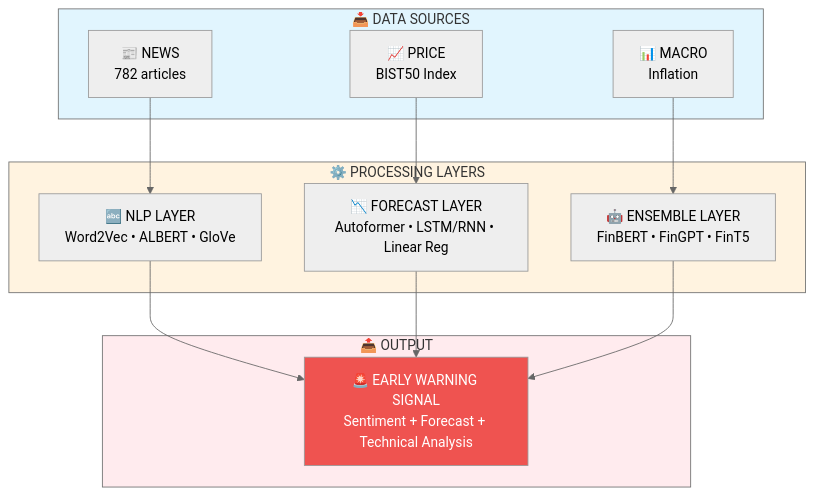
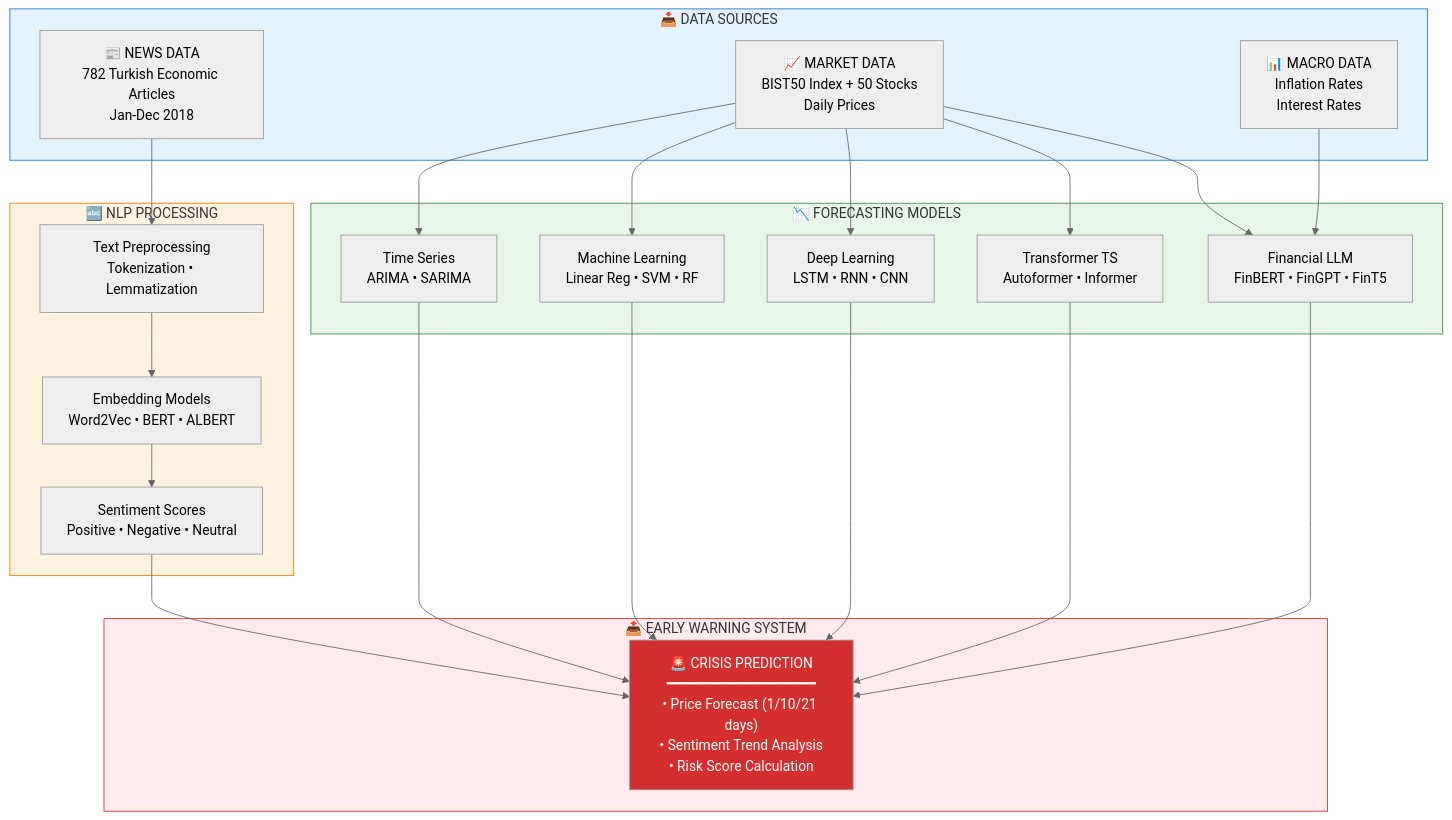
One commit to bayramkotan/financial-crisis-prediction-nlp-ts-ml-dl-transformers changed the diagram in README.md. Above: the diagram before and after it, drawn with Mermaid (neutral theme). The commit also changed other lines of this file, not shown here.

````diff
--- a/README.md
+++ b/README.md
@@ -321,30 +311,38 @@
 ```mermaid
 flowchart TB
     subgraph INPUT["📥 DATA SOURCES"]
-        A["📰 NEWS<br/>782 articles"]
-        B["📈 PRICE<br/>BIST50 Index"]
-        C["📊 MACRO<br/>Inflation"]
+        A["📰 NEWS DATA<br/>782 Turkish Economic Articles<br/>Jan-Dec 2018"]
+        B["📈 MARKET DATA<br/>BIST50 Index + 50 Stocks<br/>Daily Prices"]
+        C["📊 MACRO DATA<br/>Inflation Rates<br/>Interest Rates"]
     end
     
-    subgraph PROCESS["⚙️ PROCESSING LAYERS"]
-        D["🔤 NLP LAYER<br/>Word2Vec • ALBERT • GloVe"]
-        E["📉 FORECAST LAYER<br/>Autoformer • LSTM/RNN • Linear Reg"]
-        F["🤖 ENSEMBLE LAYER<br/>FinBERT • FinGPT • FinT5"]
+    subgraph NLP["🔤 NLP PROCESSING"]
+        D1["Text Preprocessing<br/>Tokenization • Lemmatization"]
+        D2["Embedding Models<br/>Word2Vec • BERT • ALBERT"]
+        D3["Sentiment Scores<br/>Positive • Negative • Neutral"]
     end
     
-    subgraph OUTPUT["📤 OUTPUT"]
-        G["🚨 EARLY WARNING SIGNAL<br/>Sentiment + Forecast + Technical Analysis"]
+    subgraph FORECAST["📉 FORECASTING MODELS"]
+        E1["Time Series<br/>ARIMA • SARIMA"]
+        E2["Machine Learning<br/>Linear Reg • SVM • RF"]
+        E3["Deep Learning<br/>LSTM • RNN • CNN"]
+        E4["Transformer TS<br/>Autoformer • Informer"]
+        E5["Financial LLM<br/>FinBERT • FinGPT • FinT5"]
     end
     
-    A --> D
-    B --> E
-    C --> F
-    D --> G
-    E --> G
-    F --> G
+    subgraph OUTPUT["📤 EARLY WARNING SYSTEM"]
+        F["🚨 CRISIS PREDICTION<br/>━━━━━━━━━━━━━━━━━━<br/>• Price Forecast (1/10/21 days)<br/>• Sentiment Trend Analysis<br/>• Risk Score Calculation"]
+    end
     
-    style INPUT fill:#e1f5fe
-    style PROCESS fill:#fff3e0
-    style OUTPUT fill:#ffebee
-    style G fill:#ef5350,color:#fff
+    A --> D1 --> D2 --> D3
+    B --> E1 & E2 & E3 & E4 & E5
+    C --> E5
+    D3 --> F
+    E1 & E2 & E3 & E4 & E5 --> F
+    
+    style INPUT fill:#e3f2fd,stroke:#1976d2
+    style NLP fill:#fff3e0,stroke:#f57c00
+    style FORECAST fill:#e8f5e9,stroke:#388e3c
+    style OUTPUT fill:#ffebee,stroke:#d32f2f
+    style F fill:#d32f2f,color:#fff
 ```
````
